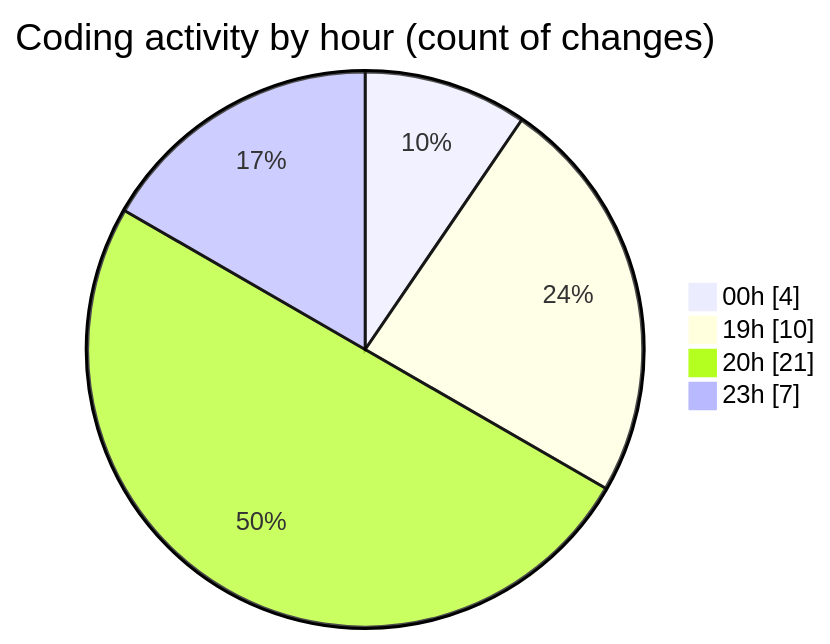
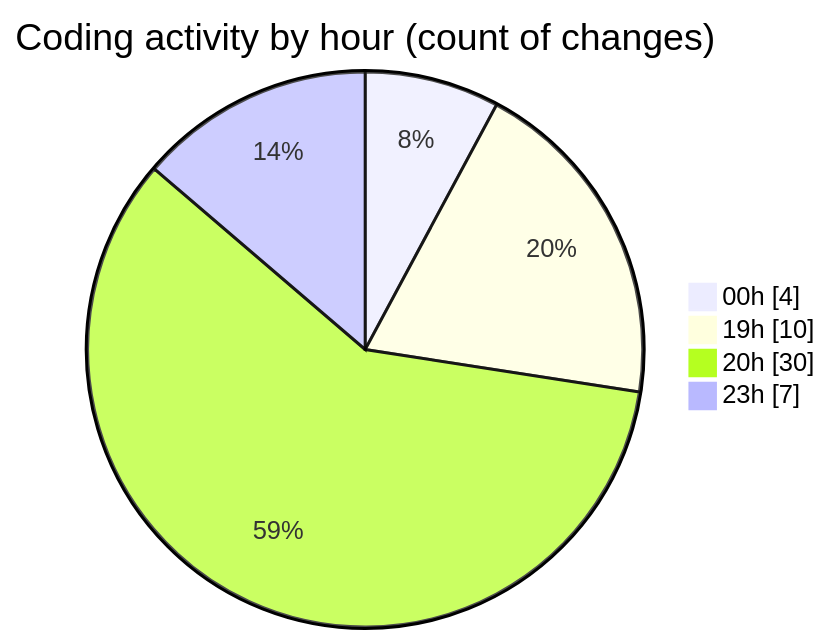
Before and after one commit to momahboobian/code-tracking: the second of 2 diagrams in 2025-02-27/cda/README.md, drawn with Mermaid. The commit also changed other lines of this file and 1 other file, not shown here.

````diff
--- a/2025-02-27/cda/README.md
+++ b/2025-02-27/cda/README.md
@@ -37,8 +37,8 @@
 ```mermaid
 pie showData
 title Coding activity by hour (count of changes)
 "00h" : 4
 "19h" : 10
-"20h" : 21
+"20h" : 30
 "23h" : 7
 ```
````
